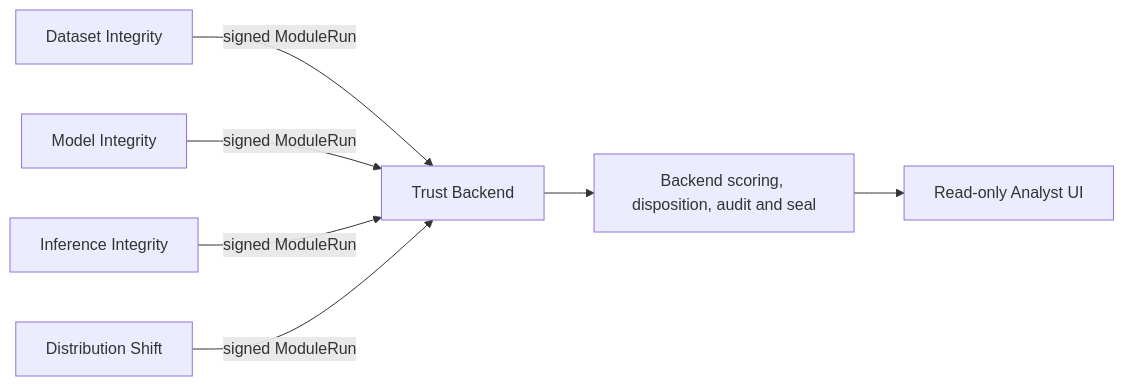
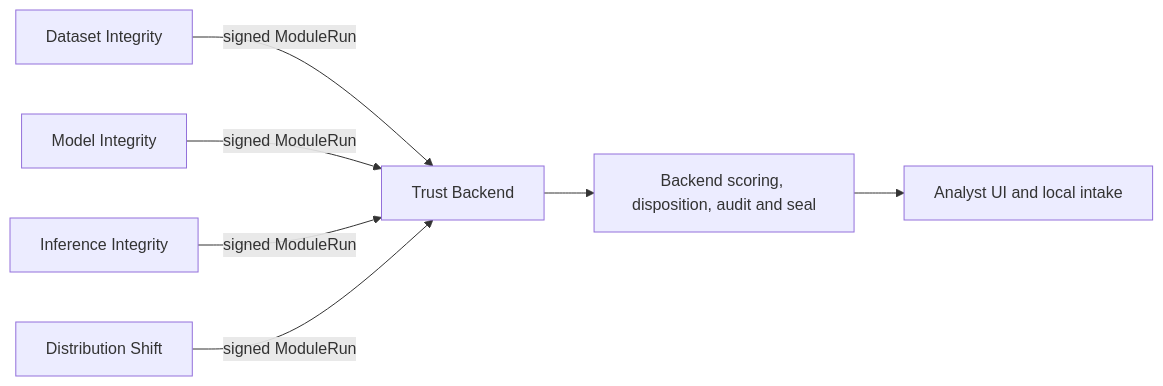
The diagram in README.md (OgataJiraiya/drishti-trust), drawn with Mermaid before and after one commit. The commit also changed other lines of this file and 6 other files, not shown here.

````diff
--- a/README.md
+++ b/README.md
@@ -16,9 +16,9 @@
 ```mermaid
 flowchart LR
   D[Dataset Integrity] -->|signed ModuleRun| B[Trust Backend]
   M[Model Integrity] -->|signed ModuleRun| B
   I[Inference Integrity] -->|signed ModuleRun| B
   S[Distribution Shift] -->|signed ModuleRun| B
   B --> A[Backend scoring, disposition, audit and seal]
-  A --> U[Read-only Analyst UI]
+  A --> U[Analyst UI and local intake]
 ```
````
